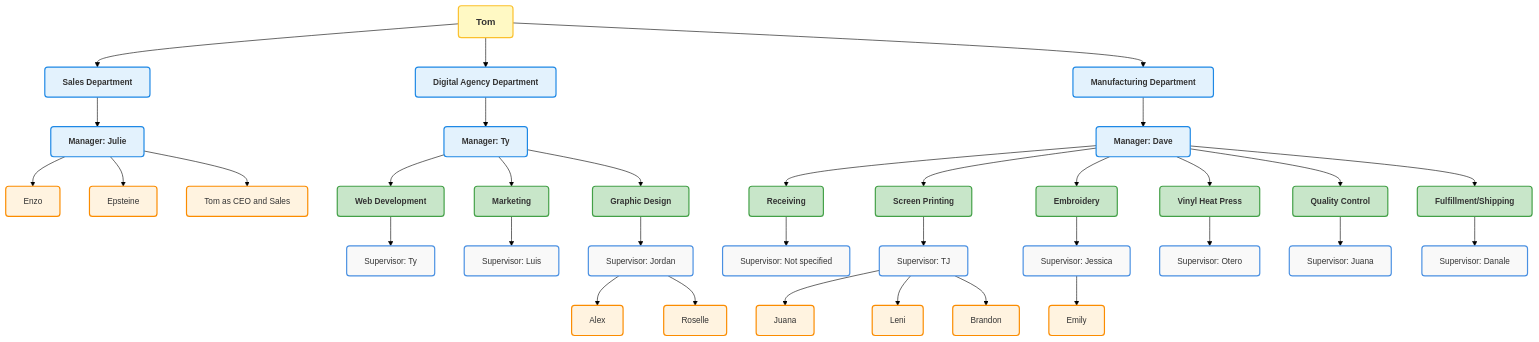
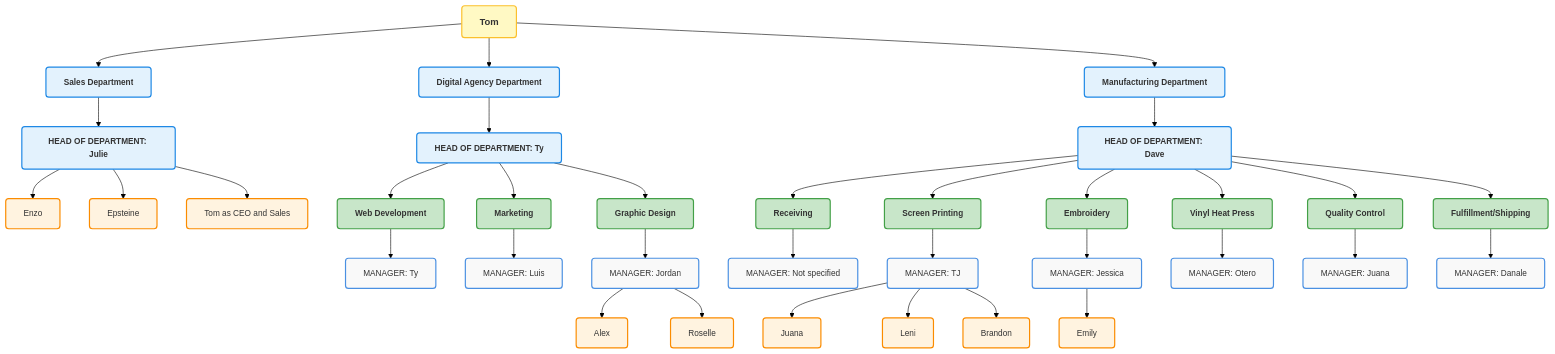
The first of 14 diagrams in README.md (TyGrim13/4WinnerFlows), drawn with Mermaid before and after one commit.

```diff
--- a/README.md
+++ b/README.md
@@ -57,7 +57,7 @@
     CEO[Tom]
     class CEO ceo
     SalesDept[Sales Department]
-    SalesMgr[Manager: Julie]
+    SalesMgr[HEAD OF DEPARTMENT: Julie]
     Enzo[Enzo]
     Epsteine[Epsteine]
     TomAsSales[Tom as CEO and Sales]
@@ -71,13 +71,13 @@
     class Enzo,Epsteine,TomAsSales team
 
     DigitalAgency[Digital Agency Department]
-    DigitalMgr[Manager: Ty]
+    DigitalMgr[HEAD OF DEPARTMENT: Ty]
     WebDev[Web Development]
-    WebSup[Supervisor: Ty]
+    WebSup[MANAGER: Ty]
     Marketing[Marketing]
-    MarkSup[Supervisor: Luis]
+    MarkSup[MANAGER: Luis]
     GraphicDesign[Graphic Design]
-    GDSup[Supervisor: Jordan]
+    GDSup[MANAGER: Jordan]
     Alex[Alex]
     Roselle[Roselle]
     CEO --> DigitalAgency
@@ -96,23 +96,23 @@
     class Alex,Roselle team
 
     Manufacturing[Manufacturing Department]
-    ManuMgr[Manager: Dave]
+    ManuMgr[HEAD OF DEPARTMENT: Dave]
     Receiving[Receiving]
-    RecSup[Supervisor: Not specified]
+    RecSup[MANAGER: Not specified]
     ScreenPrinting[Screen Printing]
-    SP[Supervisor: TJ]
+    SP[MANAGER: TJ]
     SPBrandon[Brandon]
     SPJuana[Juana]
     SPLeni[Leni]
     Embroidery[Embroidery]
-    EmbSup[Supervisor: Jessica]
+    EmbSup[MANAGER: Jessica]
     Emily[Emily]
     VinylHeatPress[Vinyl Heat Press]
-    VHP[Supervisor: Otero]
+    VHP[MANAGER: Otero]
     QualityControl[Quality Control]
-    QCSup[Supervisor: Juana]
+    QCSup[MANAGER: Juana]
     FulfillmentShipping[Fulfillment/Shipping]
-    FulfillSup[Supervisor: Danale]
+    FulfillSup[MANAGER: Danale]
     CEO --> Manufacturing
     Manufacturing --> ManuMgr
     ManuMgr --> Receiving
```
